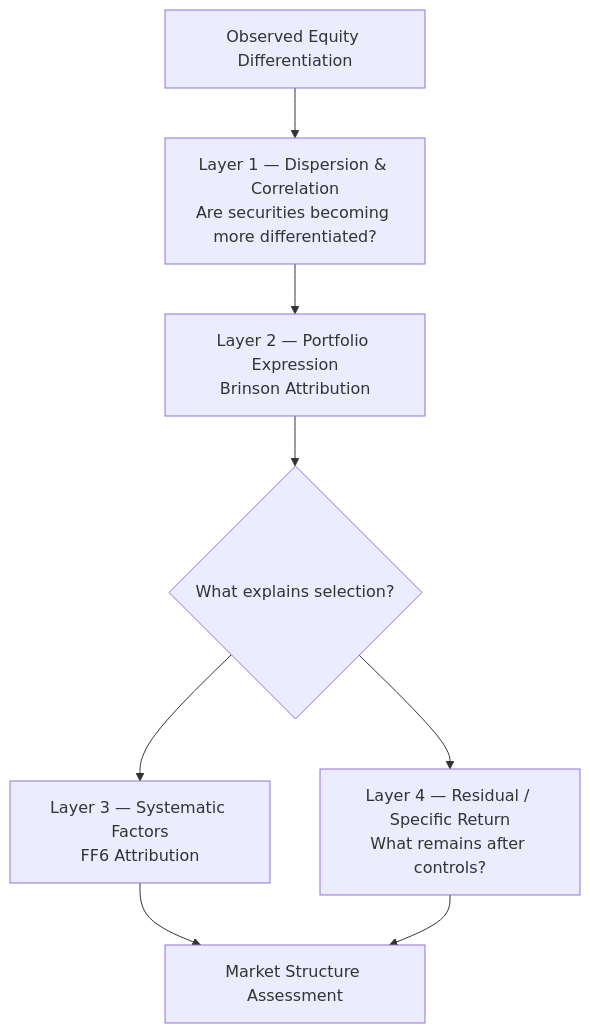
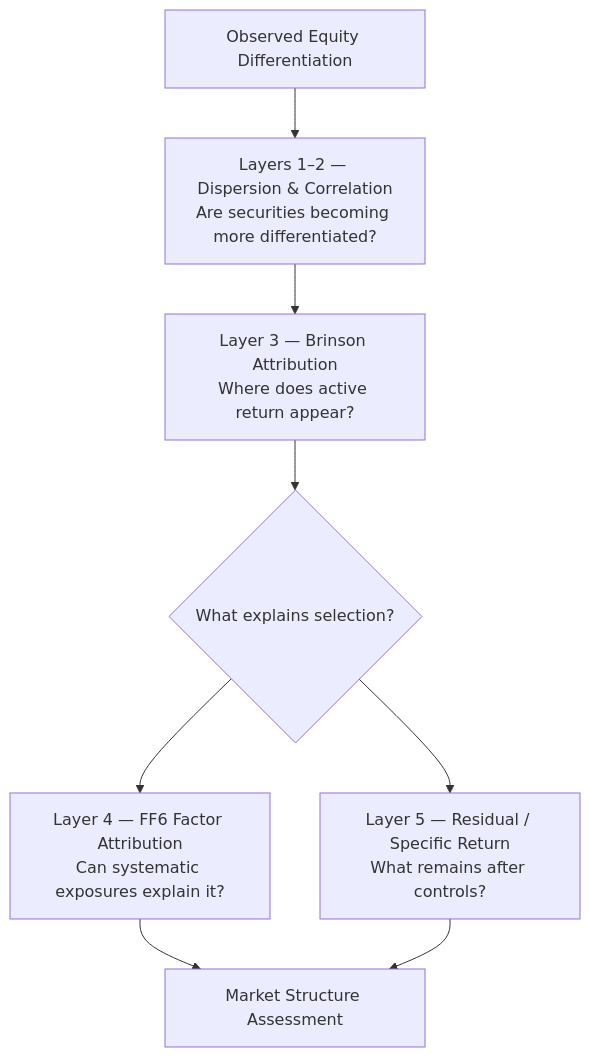
The diagram in README.md (MJNolan37/Project-Parallax), drawn with Mermaid before and after one commit. The commit also changed other lines of this file and 10 other files, not shown here.

Commit message:
v0.1.6: repository hardening audit — doc consistency, lore purge, mermaid alignment

````diff
--- a/README.md
+++ b/README.md
@@ -84,11 +94,11 @@
 ```mermaid
 flowchart TD
     A[Observed Equity Differentiation]
-    A --> B[Layer 1 — Dispersion & Correlation\nAre securities becoming more differentiated?]
-    B --> C[Layer 2 — Portfolio Expression\nBrinson Attribution]
+    A --> B[Layers 1–2 — Dispersion & Correlation\nAre securities becoming more differentiated?]
+    B --> C[Layer 3 — Brinson Attribution\nWhere does active return appear?]
     C --> D{What explains selection?}
-    D --> E[Layer 3 — Systematic Factors\nFF6 Attribution]
-    D --> F[Layer 4 — Residual / Specific Return\nWhat remains after controls?]
+    D --> E[Layer 4 — FF6 Factor Attribution\nCan systematic exposures explain it?]
+    D --> F[Layer 5 — Residual / Specific Return\nWhat remains after controls?]
     E --> G[Market Structure Assessment]
     F --> G
 ```
````
